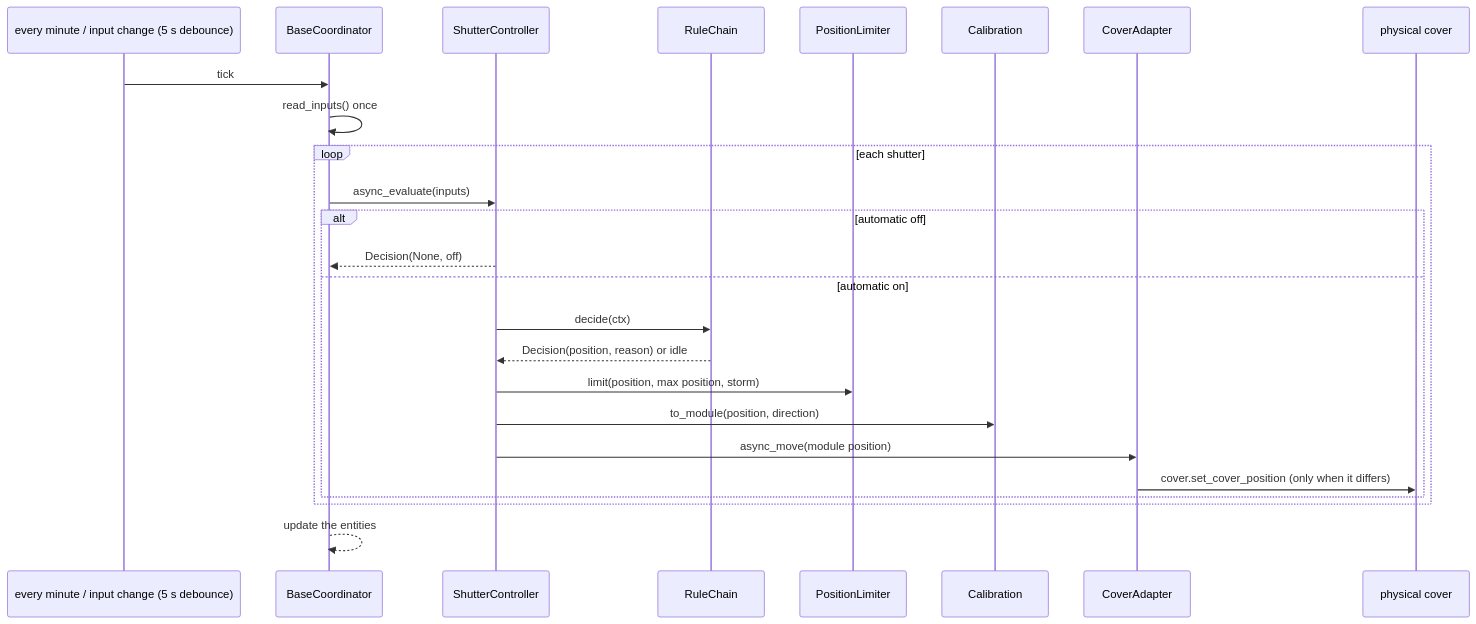
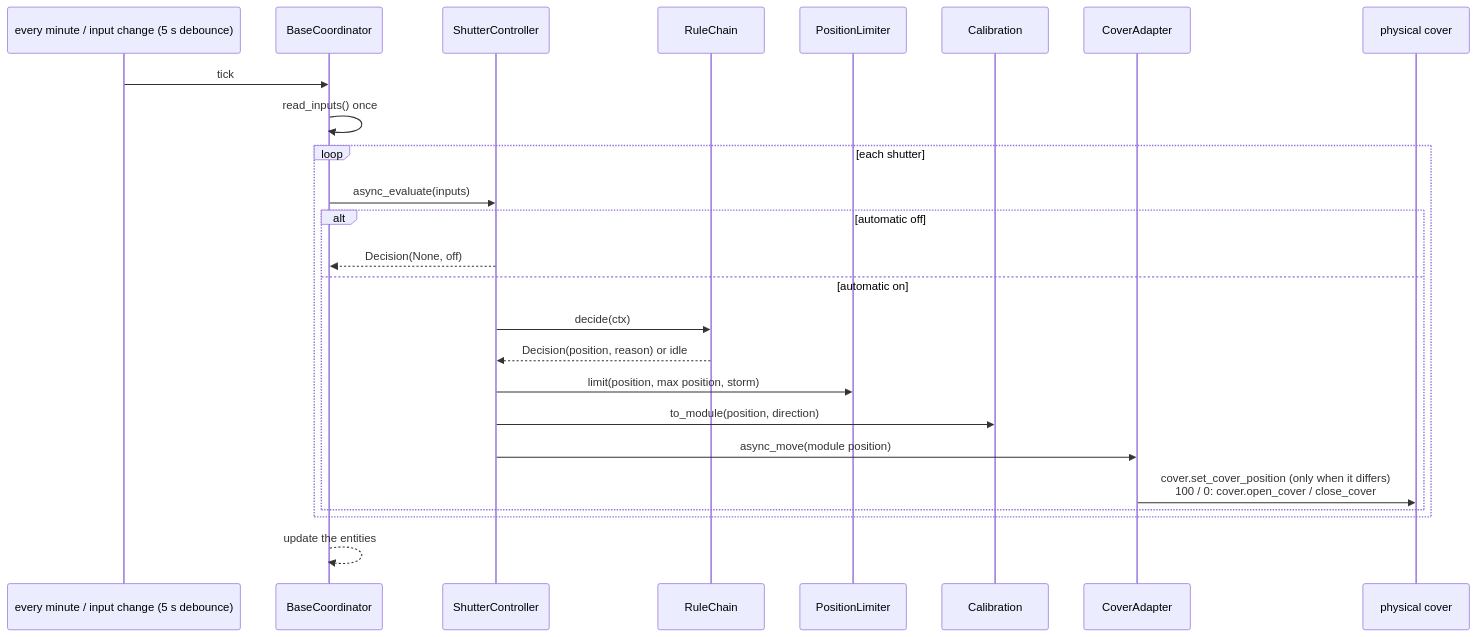
The fifth of 27 diagrams in docs/architecture.md (abroeders/smart-shutter-control), drawn with Mermaid before and after one commit. The commit also changed other lines of this file and 13 other files, not shown here.

````diff
--- a/docs/architecture.md
+++ b/docs/architecture.md
@@ -181,27 +181,27 @@
 ```mermaid
 sequenceDiagram
     participant T as every minute / input change (5 s debounce)
     participant C as BaseCoordinator
     participant SC as ShutterController
     participant R as RuleChain
     participant L as PositionLimiter
     participant K as Calibration
     participant A as CoverAdapter
     participant HA as physical cover
     T->>C: tick
     C->>C: read_inputs() once
     loop each shutter
         C->>SC: async_evaluate(inputs)
         alt automatic off
             SC-->>C: Decision(None, off)
         else automatic on
             SC->>R: decide(ctx)
             R-->>SC: Decision(position, reason) or idle
             SC->>L: limit(position, max position, storm)
             SC->>K: to_module(position, direction)
             SC->>A: async_move(module position)
-            A->>HA: cover.set_cover_position (only when it differs)
+            A->>HA: cover.set_cover_position (only when it differs)<br/>100 / 0: cover.open_cover / close_cover
         end
     end
     C-->>C: update the entities
 ```
````
